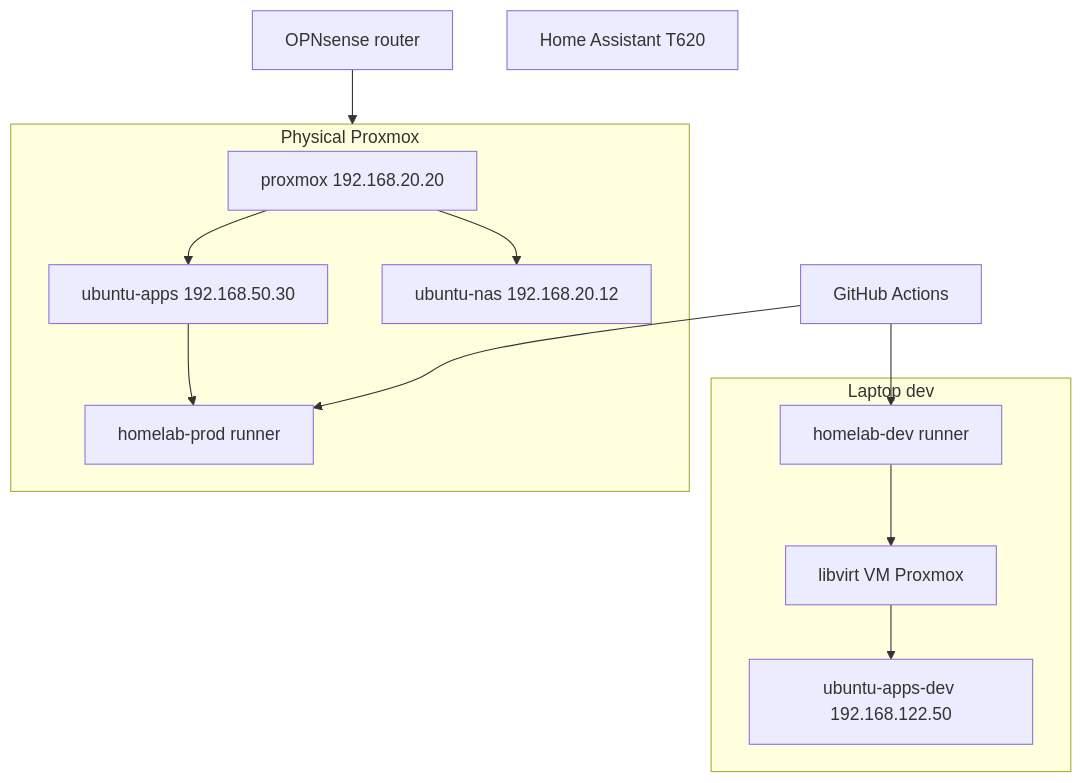
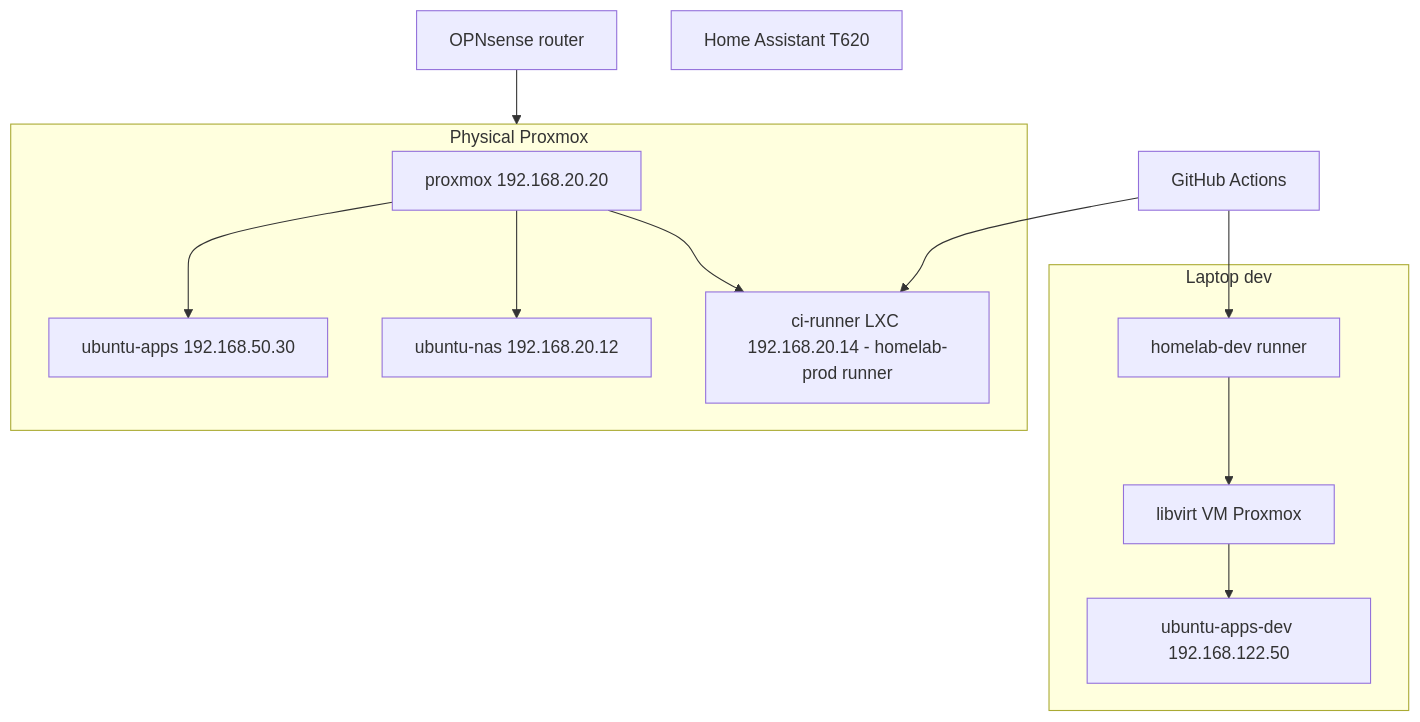
Before and after one commit to DaveKadziola/homelab: the diagram in README.md, drawn with Mermaid. The commit also changed other lines of this file and 9 other files, not shown here.

First line of the commit message:
Run the prod CI runner in an LXC container on the Proxmox host

````diff
--- a/README.md
+++ b/README.md
@@ -27,25 +27,25 @@
 ```mermaid
 flowchart TB
   subgraph laptop [Laptop dev]
     RunnerDev[homelab-dev runner]
     NestedPVE[libvirt VM Proxmox]
     AppsDev[ubuntu-apps-dev 192.168.122.50]
     RunnerDev --> NestedPVE
     NestedPVE --> AppsDev
   end
   subgraph prod [Physical Proxmox]
     PVE[proxmox 192.168.20.20]
     AppsVM[ubuntu-apps 192.168.50.30]
     NASVM[ubuntu-nas 192.168.20.12]
-    RunnerProd[homelab-prod runner]
+    RunnerProd[ci-runner LXC 192.168.20.14 - homelab-prod runner]
     PVE --> AppsVM
     PVE --> NASVM
-    AppsVM --> RunnerProd
+    PVE --> RunnerProd
   end
   OPNsense[OPNsense router]
   HA[Home Assistant T620]
   GitHub[GitHub Actions]
   GitHub --> RunnerDev
   GitHub --> RunnerProd
   OPNsense --> prod
 ```
````
